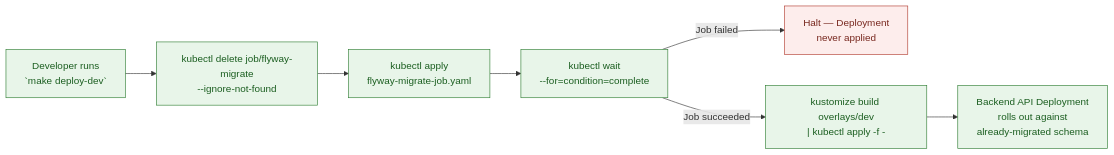
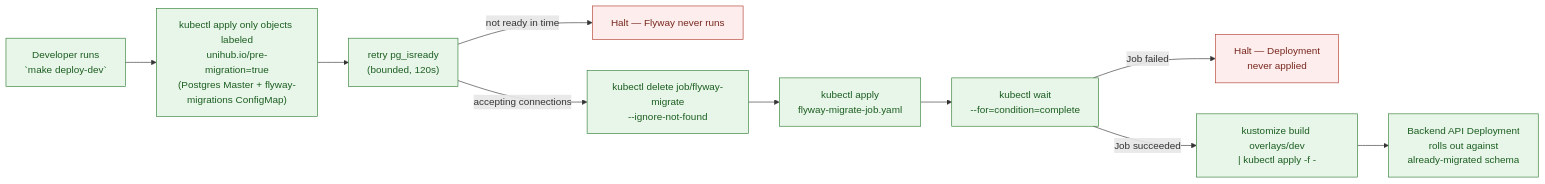
The second of 2 diagrams in docs/technical-design/platform/deployment-and-cicd.md (tiennt220805/UniHub), drawn with Mermaid before and after one commit. The commit also changed other lines of this file and 12 other files, not shown here.

````diff
--- a/docs/technical-design/platform/deployment-and-cicd.md
+++ b/docs/technical-design/platform/deployment-and-cicd.md
@@ -748,15 +854,18 @@
 ```mermaid
 flowchart LR
-    Dev["Developer runs\n`make deploy-dev`"] --> DelJob["kubectl delete job/flyway-migrate\n--ignore-not-found"]
+    Dev["Developer runs\n`make deploy-dev`"] --> PG["kubectl apply only objects labeled\nunihub.io/pre-migration=true\n(Postgres Master + flyway-migrations ConfigMap)"]
+    PG --> WaitPG["retry pg_isready\n(bounded, 120s)"]
+    WaitPG -->|"not ready in time"| HaltPG["Halt — Flyway never runs"]
+    WaitPG -->|"accepting connections"| DelJob["kubectl delete job/flyway-migrate\n--ignore-not-found"]
     DelJob --> ApplyJob["kubectl apply\nflyway-migrate-job.yaml"]
     ApplyJob --> Wait["kubectl wait\n--for=condition=complete"]
     Wait -->|"Job failed"| Halt["Halt — Deployment\nnever applied"]
     Wait -->|"Job succeeded"| ApplyOverlay["kustomize build overlays/dev\n| kubectl apply -f -"]
     ApplyOverlay --> Rollout["Backend API Deployment\nrolls out against\nalready-migrated schema"]
 
     classDef stepStyle fill:#E8F5E9,stroke:#2E7D32,color:#1B5E20
     classDef failStyle fill:#FDEDEC,stroke:#B03A2E,color:#78281F
 
-    class Dev,DelJob,ApplyJob,Wait,ApplyOverlay,Rollout stepStyle
-    class Halt failStyle
+    class Dev,PG,WaitPG,DelJob,ApplyJob,Wait,ApplyOverlay,Rollout stepStyle
+    class Halt,HaltPG failStyle
 ```
````
